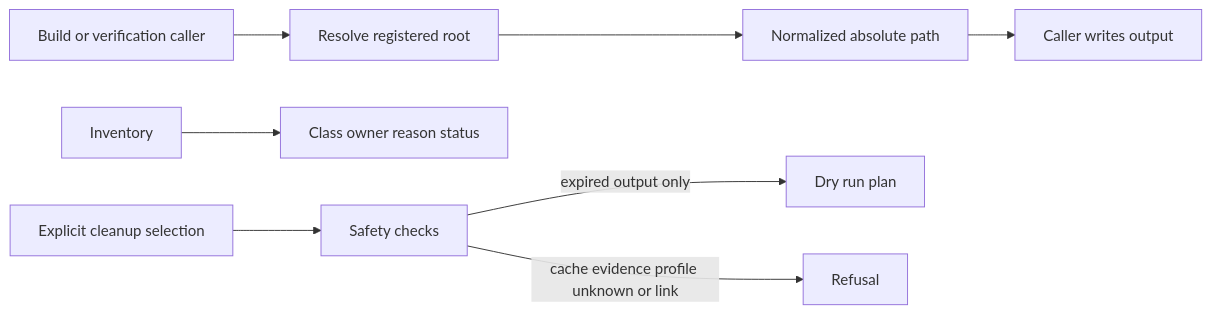
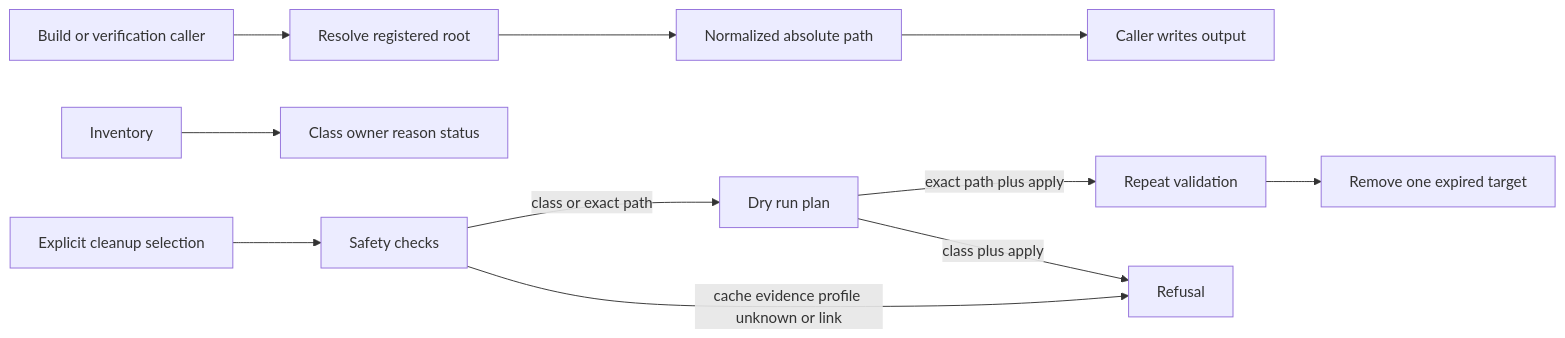
The diagram in wiki/modules/generated-workspace-retention.md (alexwck/dbcode-wrapper), drawn with Mermaid before and after one commit. The commit also changed other lines of this file and 2 other files, not shown here.

Commit message:
docs(wiki): document exact-path cleanup

````diff
--- a/wiki/modules/generated-workspace-retention.md
+++ b/wiki/modules/generated-workspace-retention.md
@@ -33,10 +33,13 @@
 ```mermaid
 flowchart LR
   C[Build or verification caller] --> R[Resolve registered root]
   R --> N[Normalized absolute path]
   N --> W[Caller writes output]
   I[Inventory] --> P[Class owner reason status]
   S[Explicit cleanup selection] --> G[Safety checks]
-  G -->|expired output only| D[Dry run plan]
+  G -->|class or exact path| D[Dry run plan]
+  D -->|exact path plus apply| V[Repeat validation]
+  V --> X[Remove one expired target]
   G -->|cache evidence profile unknown or link| F[Refusal]
+  D -->|class plus apply| F
 ```
````
